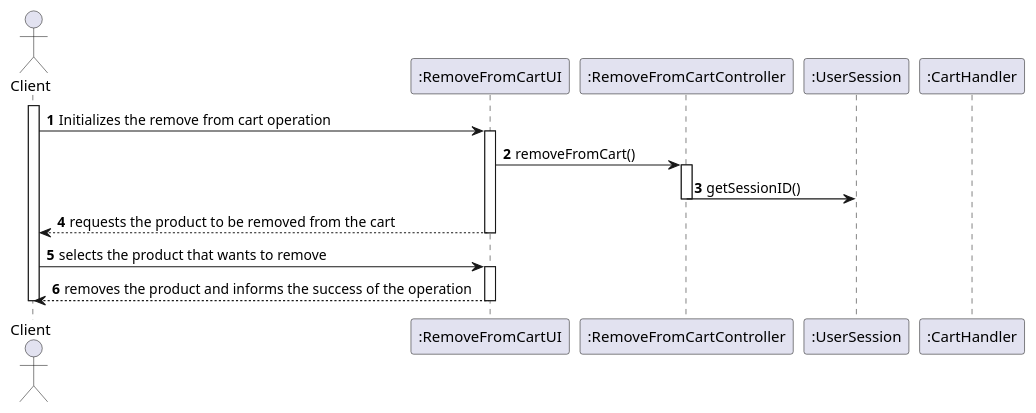
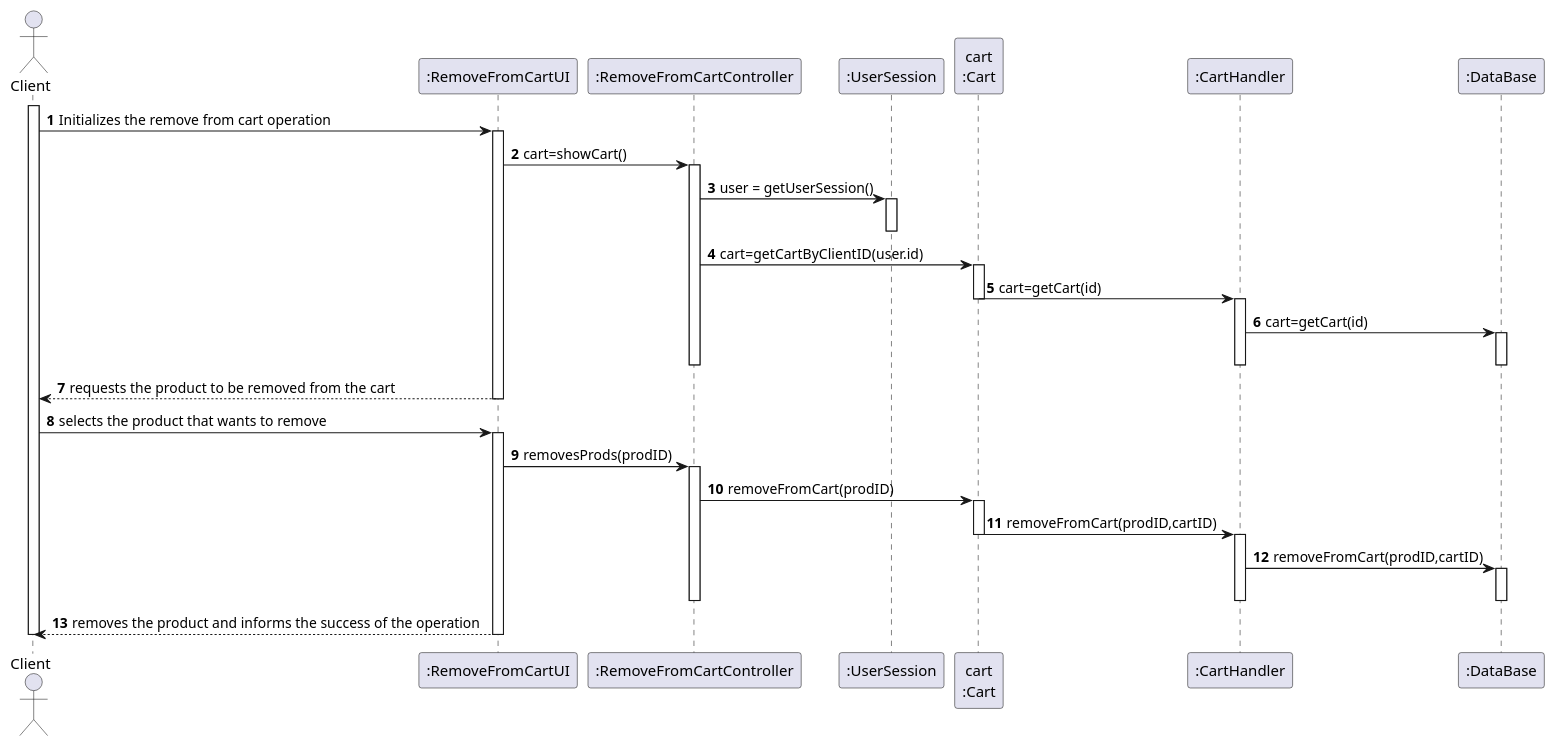
One commit to 1190452/LAPR3 changed the diagram in Documents/UC13/SD.puml. Above: the diagram before and after it, drawn with PlantUML. The commit also changed 1 other file, not shown here.

```diff
--- a/Documents/UC13/SD.puml
+++ b/Documents/UC13/SD.puml
@@ -1,41 +1,85 @@
 @startuml
 autonumber
 
 actor "Client" as COL
 participant ":RemoveFromCartUI" as UI
 participant ":RemoveFromCartController" as CTRL
 participant ":UserSession" as SESS
+participant "cart\n:Cart" as CT
 participant ":CartHandler" as CART
+
+participant ":DataBase" as DB
+
+
 
 
 activate COL
 
 COL -> UI : Initializes the remove from cart operation
 activate UI
 
 
 
 
-UI -> CTRL :removeFromCart()
+UI -> CTRL :cart=showCart()
 activate CTRL
 
-CTRL -> SESS : getSessionID()
+CTRL -> SESS : user = getUserSession()
+activate SESS
+deactivate SESS
+
+CTRL -> CT : cart=getCartByClientID(user.id)
+activate CT
+CT -> CART : cart=getCart(id)
+deactivate CT
+activate CART
+
+
+
+
+CART -> DB : cart=getCart(id)
+activate DB
+deactivate DB
+deactivate CART
+
+
 
 
 deactivate CTRL
 
 UI --> COL : requests the product to be removed from the cart
 
 
 
 deactivate UI
 
 
 COL -> UI :selects the product that wants to remove
 activate UI
+
+UI -> CTRL : removesProds(prodID)
+activate CTRL
+CTRL -> CT : removeFromCart(prodID)
+activate CT
+CT -> CART : removeFromCart(prodID,cartID)
+deactivate CT
+activate CART
+
+
+
+
+CART -> DB : removeFromCart(prodID,cartID)
+activate DB
+deactivate DB
+deactivate CART
+deactivate CT
+deactivate CTRL
+
+
+
 UI --> COL : removes the product and informs the success of the operation
 deactivate UI
 
 deactivate COL
 
 @enduml
```
